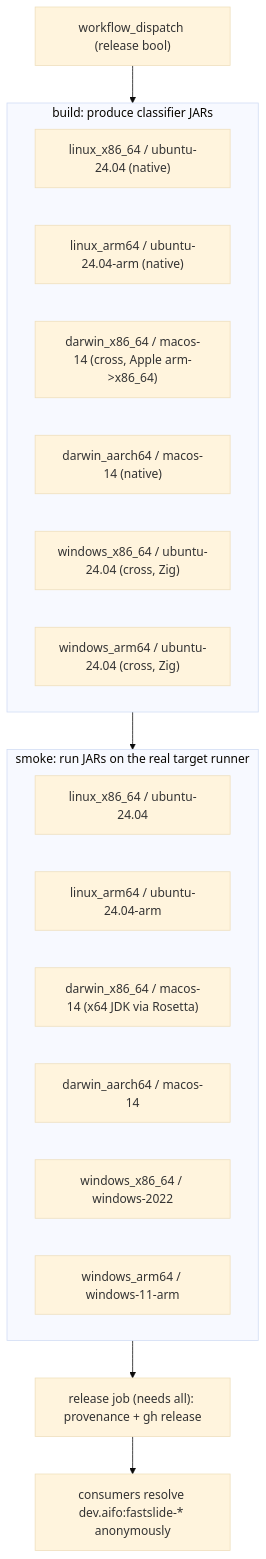
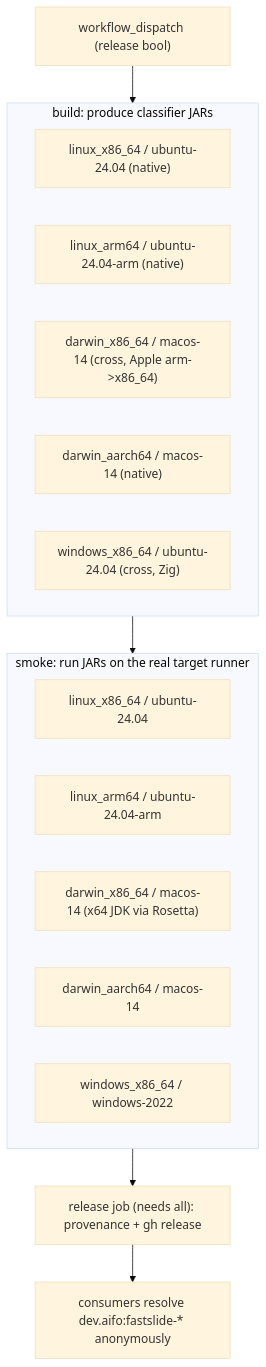
One commit to NKI-AI/fastslide changed the diagram in docs/source/guides/java_packages.rst. Above: the diagram before and after it, drawn with Mermaid (base theme). The commit also changed other lines of this file and 2 other files, not shown here.

```diff
--- a/docs/source/guides/java_packages.rst
+++ b/docs/source/guides/java_packages.rst
@@ -124,23 +132,21 @@
 .. mermaid::
 
    flowchart TB
        dispatch["workflow_dispatch (release bool)"] --> build
        subgraph build [build: produce classifier JARs]
            blx["linux_x86_64 / ubuntu-24.04 (native)"]
            bla["linux_arm64 / ubuntu-24.04-arm (native)"]
            bmx["darwin_x86_64 / macos-14 (cross, Apple arm->x86_64)"]
            bma["darwin_aarch64 / macos-14 (native)"]
            bwx["windows_x86_64 / ubuntu-24.04 (cross, Zig)"]
-           bwa["windows_arm64 / ubuntu-24.04 (cross, Zig)"]
        end
        subgraph smoke [smoke: run JARs on the real target runner]
            slx["linux_x86_64 / ubuntu-24.04"]
            sla["linux_arm64 / ubuntu-24.04-arm"]
            smx["darwin_x86_64 / macos-14 (x64 JDK via Rosetta)"]
            sma["darwin_aarch64 / macos-14"]
            swx["windows_x86_64 / windows-2022"]
-           swa["windows_arm64 / windows-11-arm"]
        end
        build --> smoke
        smoke --> rel["release job (needs all): provenance + gh release"]
        rel --> ivy["consumers resolve dev.aifo:fastslide-* anonymously"]
```
